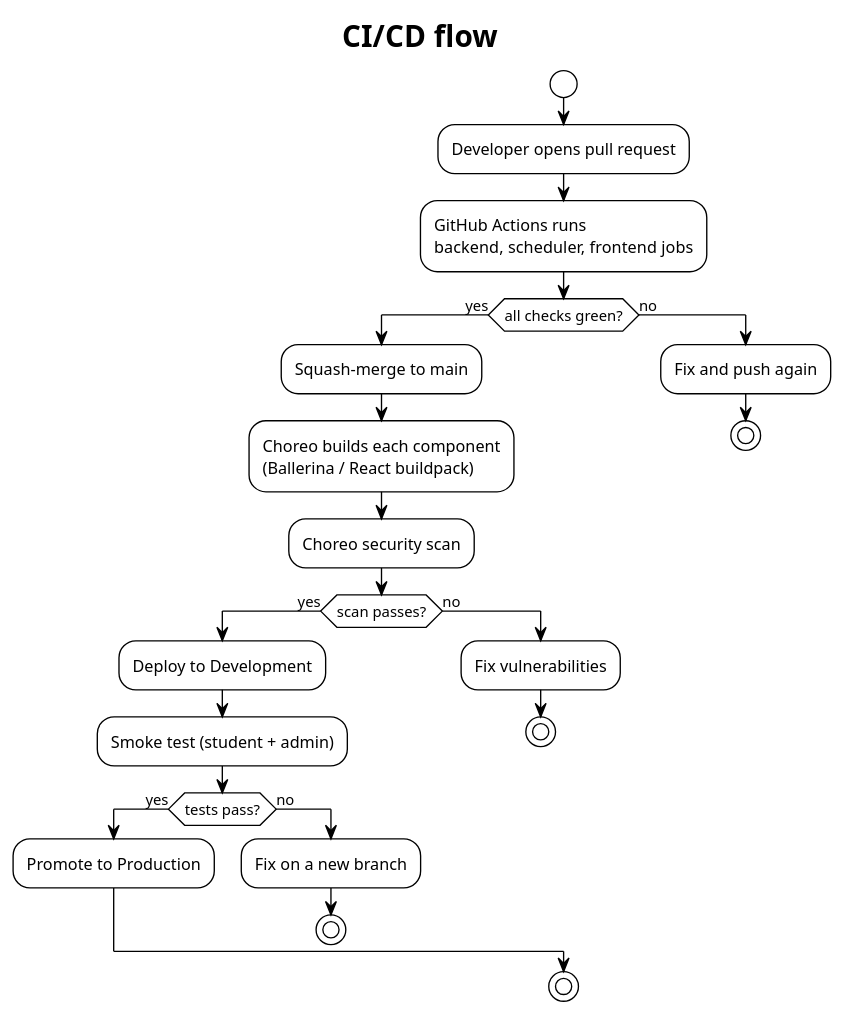
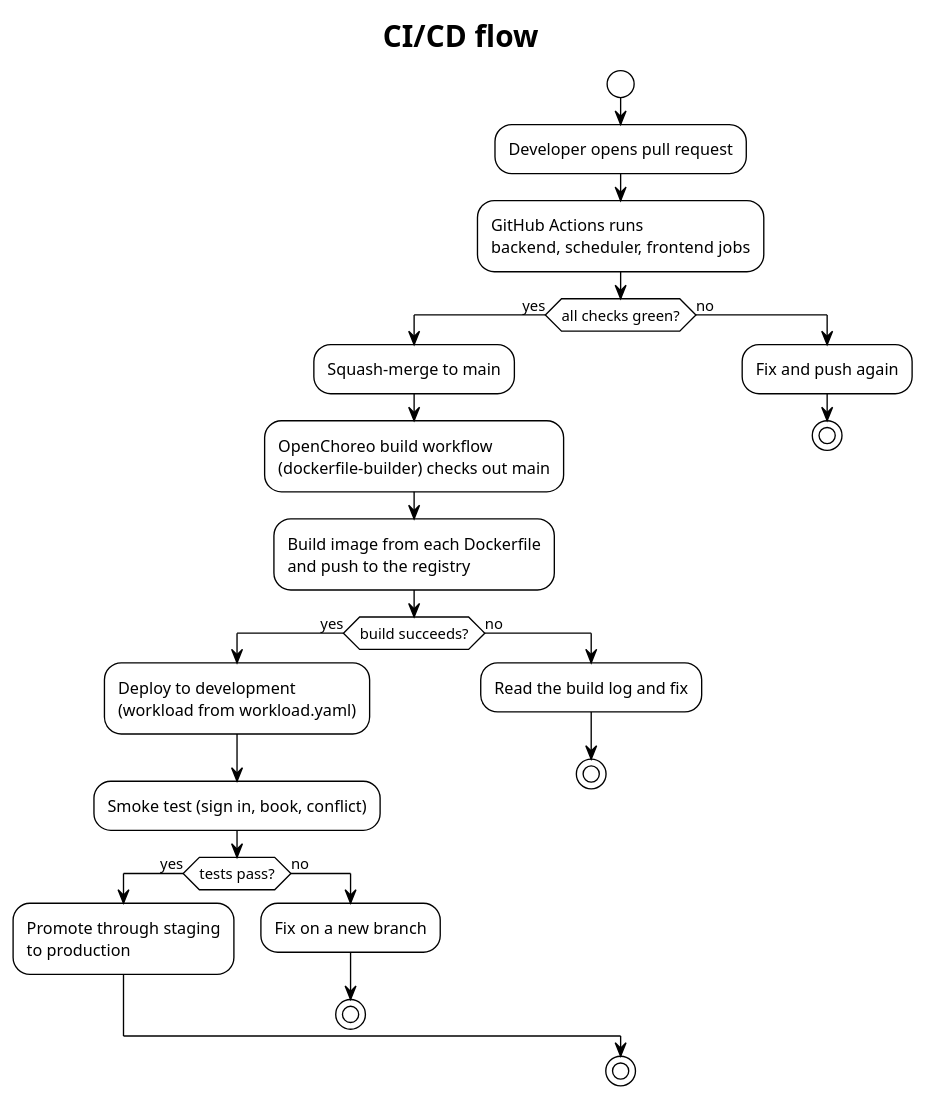
Before and after one commit to PulithThewmika/labbook: the diagram in docs/diagrams/ci-cd-flow.puml, drawn with PlantUML. The commit also changed 32 other files, not shown here.

First line of the commit message:
Target OpenChoreo and ThunderID only (#19)

```diff
--- a/docs/diagrams/ci-cd-flow.puml
+++ b/docs/diagrams/ci-cd-flow.puml
@@ -1,30 +1,30 @@
 @startuml ci-cd-flow
 !theme plain
 title CI/CD flow
 
 start
 :Developer opens pull request;
 :GitHub Actions runs\nbackend, scheduler, frontend jobs;
 if (all checks green?) then (yes)
   :Squash-merge to main;
-  :Choreo builds each component\n(Ballerina / React buildpack);
-  :Choreo security scan;
-  if (scan passes?) then (yes)
-    :Deploy to Development;
-    :Smoke test (student + admin);
+  :OpenChoreo build workflow\n(dockerfile-builder) checks out main;
+  :Build image from each Dockerfile\nand push to the registry;
+  if (build succeeds?) then (yes)
+    :Deploy to development\n(workload from workload.yaml);
+    :Smoke test (sign in, book, conflict);
     if (tests pass?) then (yes)
-      :Promote to Production;
+      :Promote through staging\nto production;
     else (no)
       :Fix on a new branch;
       stop
     endif
   else (no)
-    :Fix vulnerabilities;
+    :Read the build log and fix;
     stop
   endif
 else (no)
   :Fix and push again;
   stop
 endif
 stop
 @enduml
```
